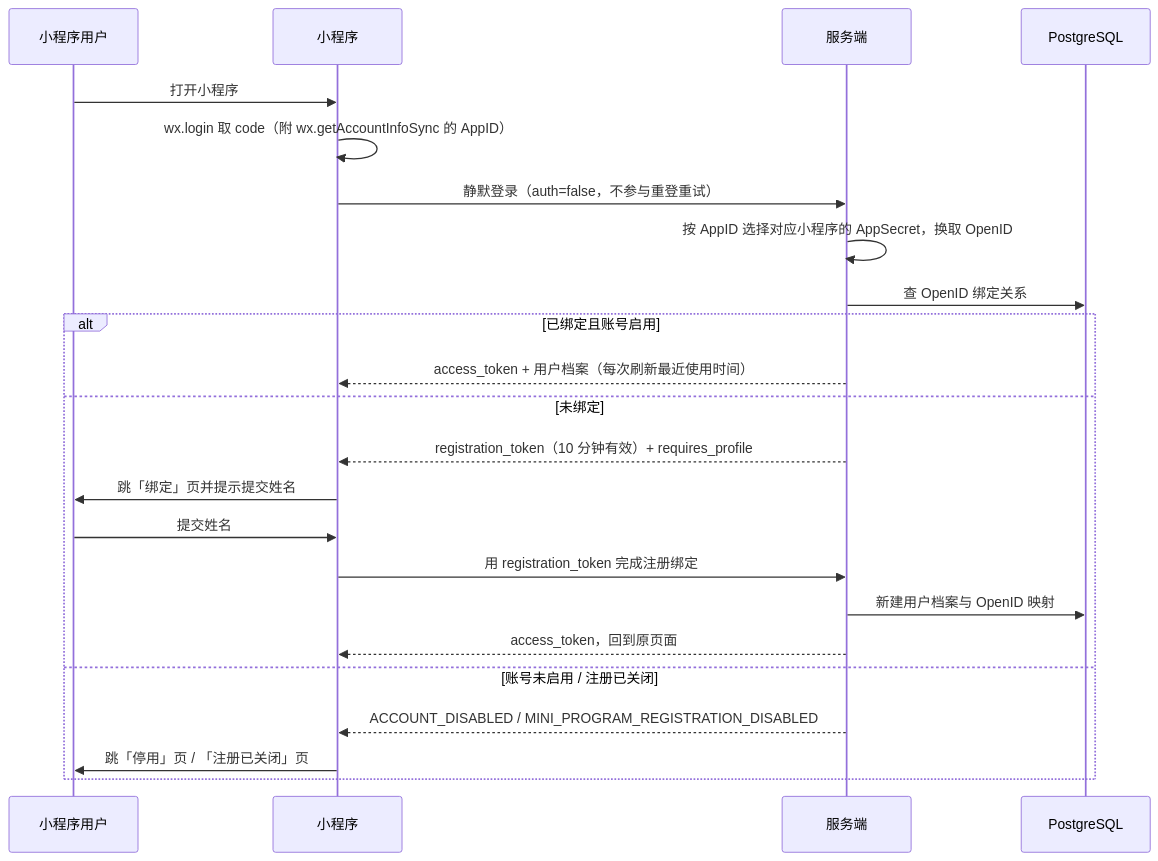
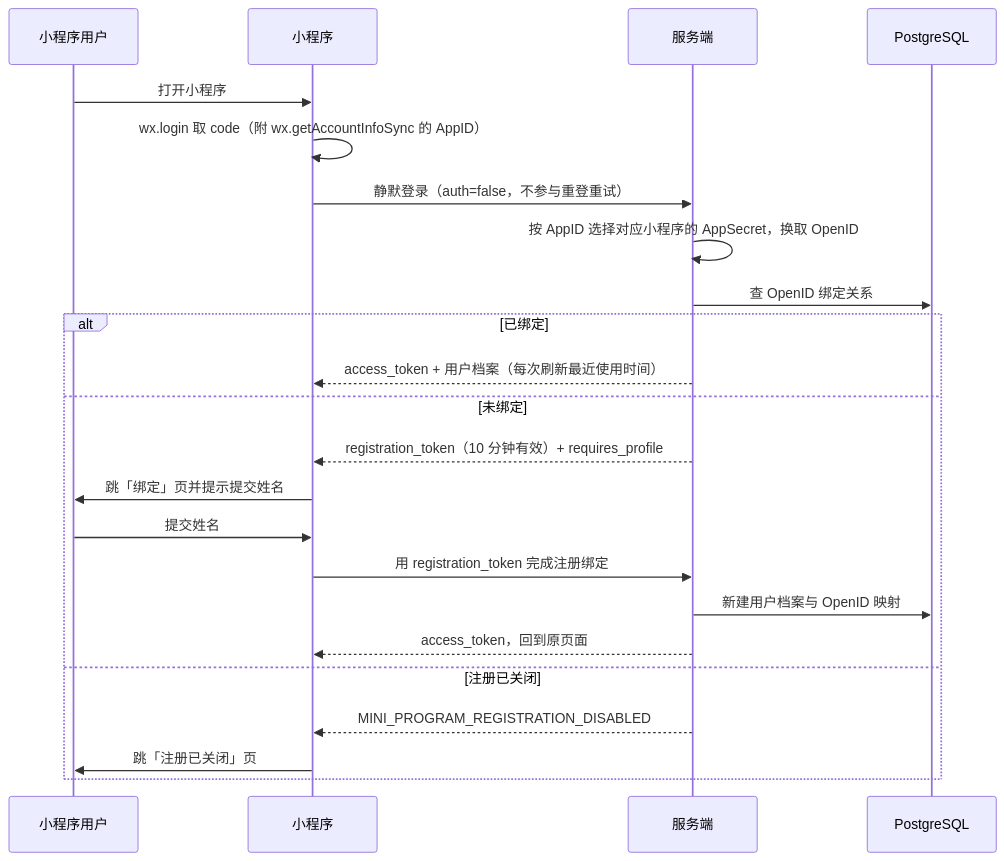
The sixth of 10 diagrams in docs/websites/pages/dev-architecture.md (Sakana-1314/Electrical-Manager), drawn with Mermaid before and after one commit. The commit also changed other lines of this file and 69 other files, not shown here.

````diff
--- a/docs/websites/pages/dev-architecture.md
+++ b/docs/websites/pages/dev-architecture.md
@@ -1040,25 +1042,25 @@
 ```mermaid
 sequenceDiagram
     participant U as 小程序用户
     participant App as 小程序
     participant API as 服务端
     participant DB as PostgreSQL
     U->>App: 打开小程序
     App->>App: wx.login 取 code（附 wx.getAccountInfoSync 的 AppID）
     App->>API: 静默登录（auth=false，不参与重登重试）
     API->>API: 按 AppID 选择对应小程序的 AppSecret，换取 OpenID
     API->>DB: 查 OpenID 绑定关系
-    alt 已绑定且账号启用
+    alt 已绑定
         API-->>App: access_token + 用户档案（每次刷新最近使用时间）
     else 未绑定
         API-->>App: registration_token（10 分钟有效）+ requires_profile
         App->>U: 跳「绑定」页并提示提交姓名
         U->>App: 提交姓名
         App->>API: 用 registration_token 完成注册绑定
         API->>DB: 新建用户档案与 OpenID 映射
         API-->>App: access_token，回到原页面
-    else 账号未启用 / 注册已关闭
-        API-->>App: ACCOUNT_DISABLED / MINI_PROGRAM_REGISTRATION_DISABLED
-        App->>U: 跳「停用」页 / 「注册已关闭」页
+    else 注册已关闭
+        API-->>App: MINI_PROGRAM_REGISTRATION_DISABLED
+        App->>U: 跳「注册已关闭」页
     end
 ```
````
